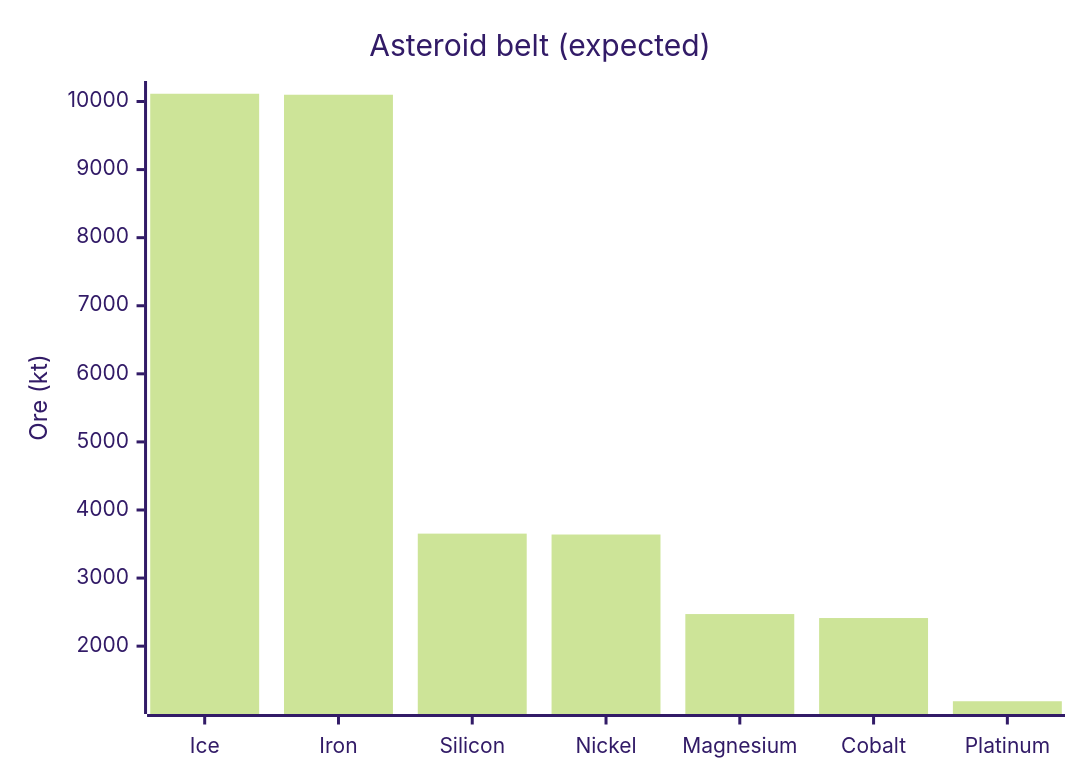
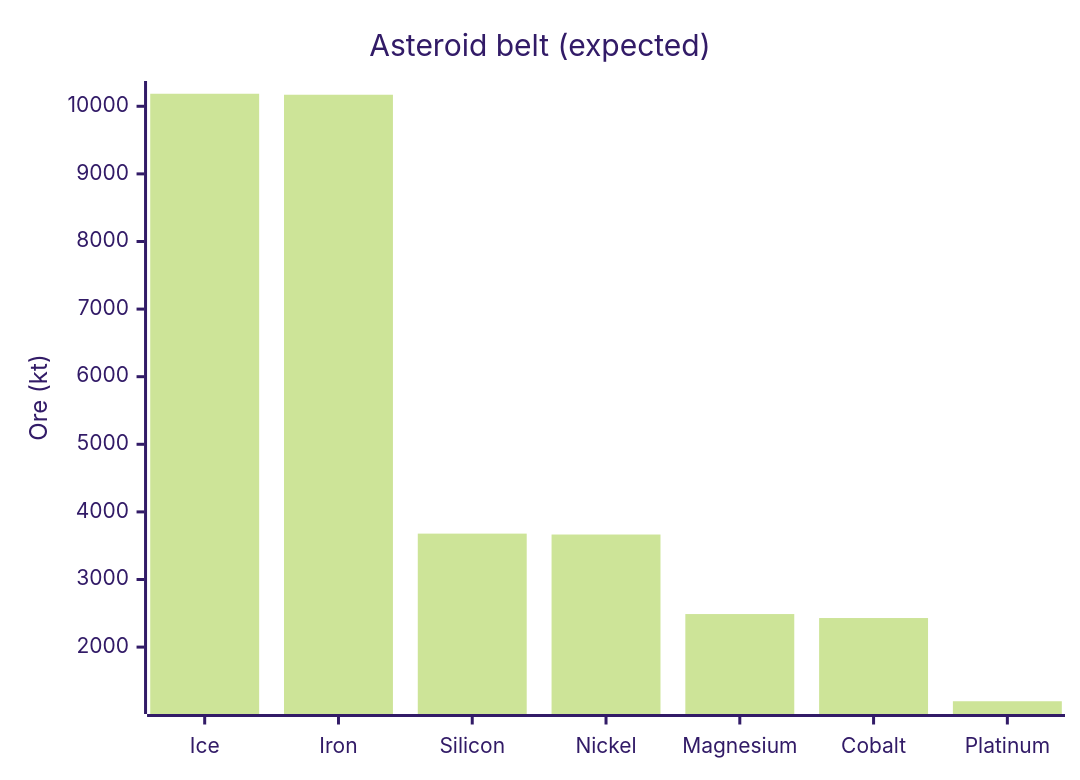
Before and after one commit to CometWorks/worlds: the third of 4 diagrams in octahedron/ORES.md, drawn with Mermaid (forest theme). The commit also changed other lines of this file and 2005 other files, not shown here.

````diff
--- a/octahedron/ORES.md
+++ b/octahedron/ORES.md
@@ -92,7 +92,7 @@
 ```mermaid
 xychart-beta
     title "Asteroid belt (expected)"
     x-axis ["Ice", "Iron", "Silicon", "Nickel", "Magnesium", "Cobalt", "Platinum"]
     y-axis "Ore (kt)"
-    bar [10114.1, 10099.5, 3652.9, 3639.7, 2471.3, 2412.9, 1190.6]
+    bar [10185.4, 10170.7, 3678.7, 3665.4, 2488.8, 2429.9, 1199.0]
 ```
````
